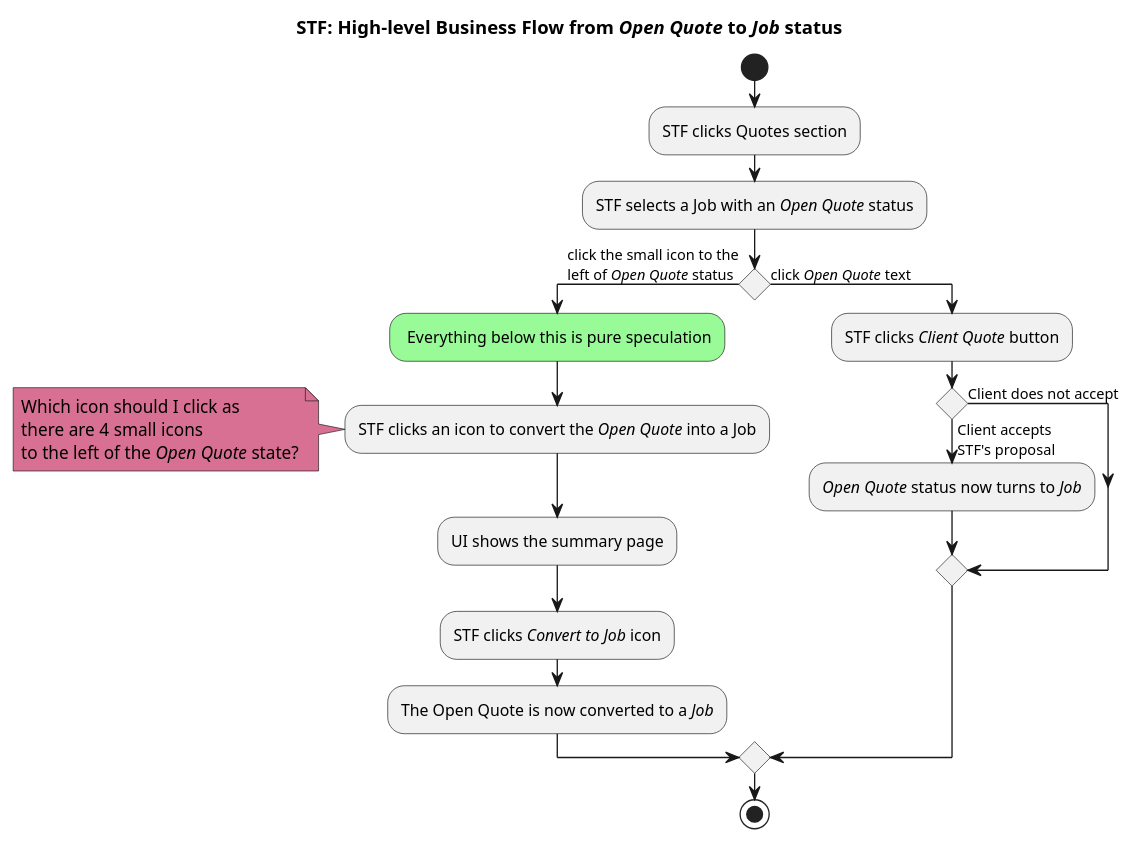
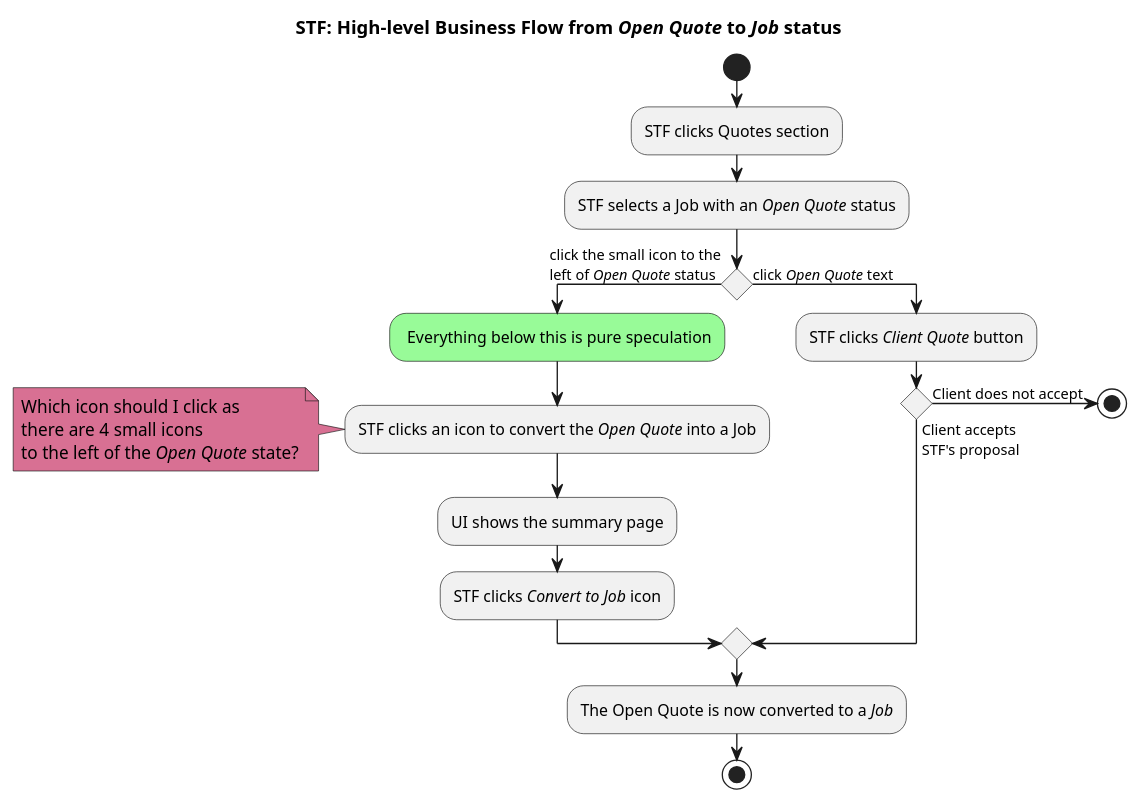
The diagram in STF/STF_OpenQuoteToJob.pu (jpgacrama/NovariSpecs), drawn with PlantUML before and after one commit.

Commit message:
Final state of "Job" is now shared across branches from Open Quotes

```diff
--- a/STF/STF_OpenQuoteToJob.pu
+++ b/STF/STF_OpenQuoteToJob.pu
@@ -6,28 +6,28 @@
 @startuml
     title STF: High-level Business Flow from //Open Quote// to //Job// status
     start
     :STF clicks Quotes section;
     :STF selects a Job with an //Open Quote// status;
     
     if () then (click the small icon to the\nleft of //Open Quote// status)
         #PaleGreen: Everything below this is pure speculation;
         :STF clicks an icon to convert the //Open Quote// into a Job;
 
         note #PaleVioletRed
             Which icon should I click as
             there are 4 small icons
             to the left of the //Open Quote// state?
         end note
 
         :UI shows the summary page;
         :STF clicks //Convert to Job// icon;
-        :The Open Quote is now converted to a //Job//;
     else (click //Open Quote// text)
         :STF clicks //Client Quote// button;
-        if () then (Client accepts\nSTF's proposal)
-            ://Open Quote// status now turns to //Job//;
-        else(Client does not accept)
+        if () then (Client does not accept)
+            stop
+        else(Client accepts\nSTF's proposal)
         endif
     endif
+    :The Open Quote is now converted to a //Job//;
     stop
 @enduml
```
